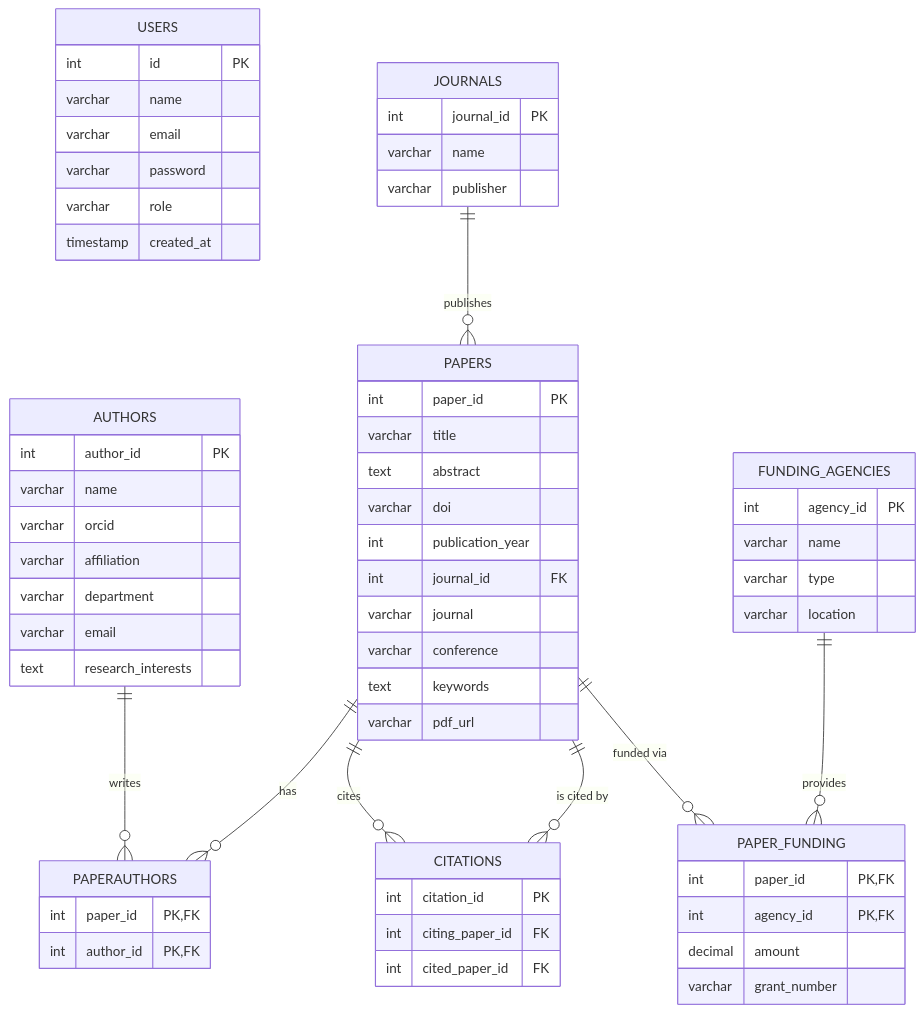
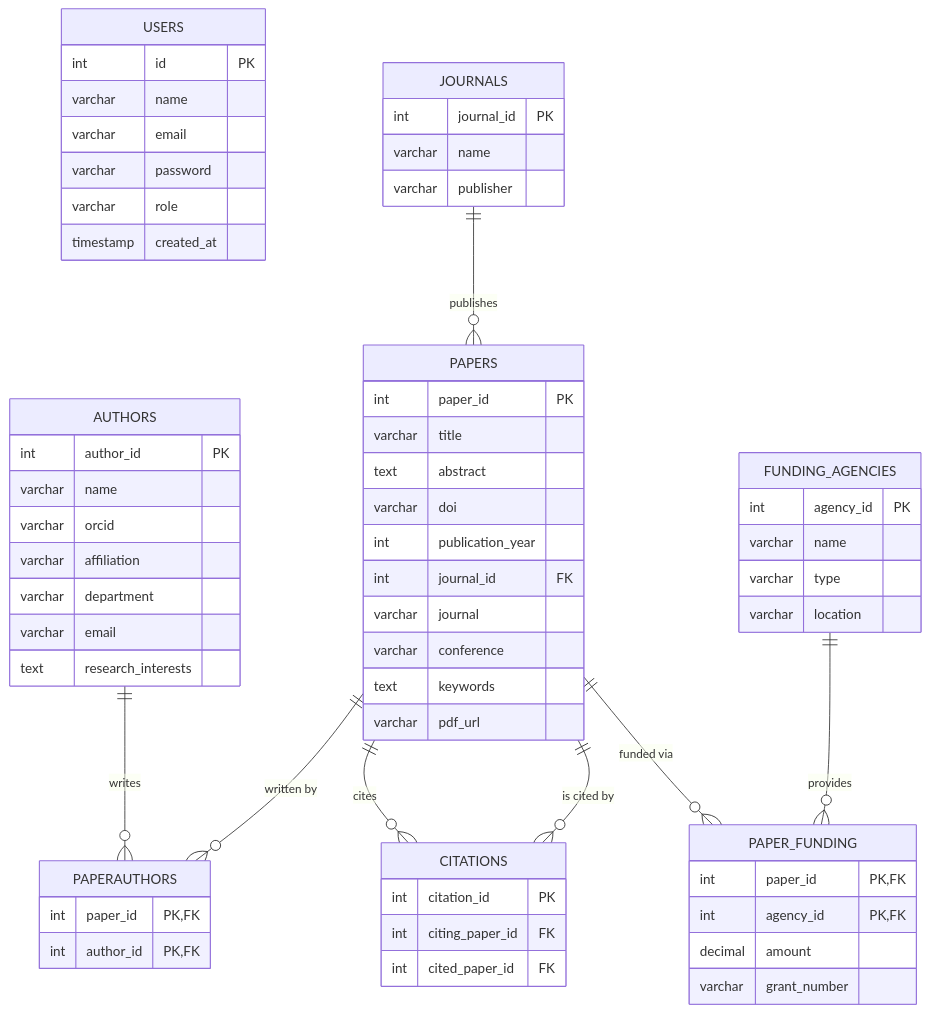
One commit to MRupam202005/Research-Publication-Management-System changed the diagram in README.md. Above: the diagram before and after it, drawn with Mermaid.

````diff
--- a/README.md
+++ b/README.md
@@ -132,77 +132,77 @@
 ```mermaid
 erDiagram
     USERS {
         int id PK
         varchar name
         varchar email
         varchar password
         varchar role
         timestamp created_at
     }
 
     AUTHORS {
         int author_id PK
         varchar name
         varchar orcid
         varchar affiliation
         varchar department
         varchar email
         text research_interests
     }
 
     JOURNALS {
         int journal_id PK
         varchar name
         varchar publisher
     }
 
     PAPERS {
         int paper_id PK
         varchar title
         text abstract
         varchar doi
         int publication_year
         int journal_id FK
         varchar journal
         varchar conference
         text keywords
         varchar pdf_url
     }
 
     PAPERAUTHORS {
         int paper_id PK,FK
         int author_id PK,FK
     }
 
     CITATIONS {
         int citation_id PK
         int citing_paper_id FK
         int cited_paper_id FK
     }
 
     FUNDING_AGENCIES {
         int agency_id PK
         varchar name
         varchar type
         varchar location
     }
 
     PAPER_FUNDING {
         int paper_id PK,FK
         int agency_id PK,FK
         decimal amount
         varchar grant_number
     }
 
     %% Relationships
     JOURNALS ||--o{ PAPERS : "publishes"
     
-    PAPERS ||--o{ PAPERAUTHORS : "has"
+    PAPERS ||--o{ PAPERAUTHORS : "written by"
     AUTHORS ||--o{ PAPERAUTHORS : "writes"
     
     PAPERS ||--o{ CITATIONS : "cites"
     PAPERS ||--o{ CITATIONS : "is cited by"
     
     PAPERS ||--o{ PAPER_FUNDING : "funded via"
     FUNDING_AGENCIES ||--o{ PAPER_FUNDING : "provides"
 ```
````
